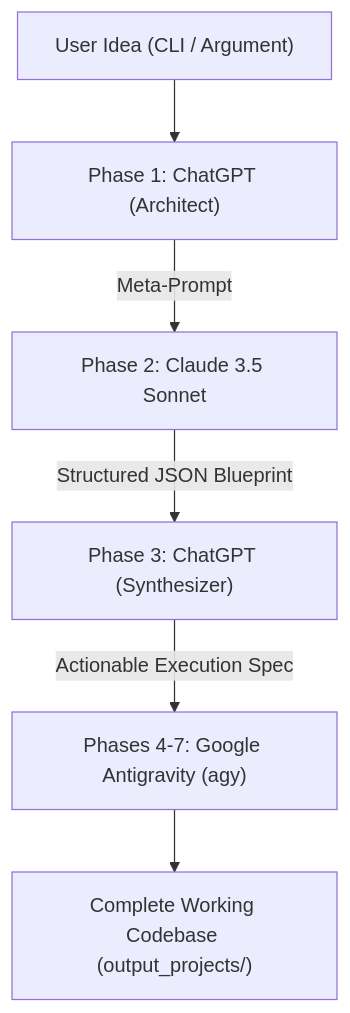
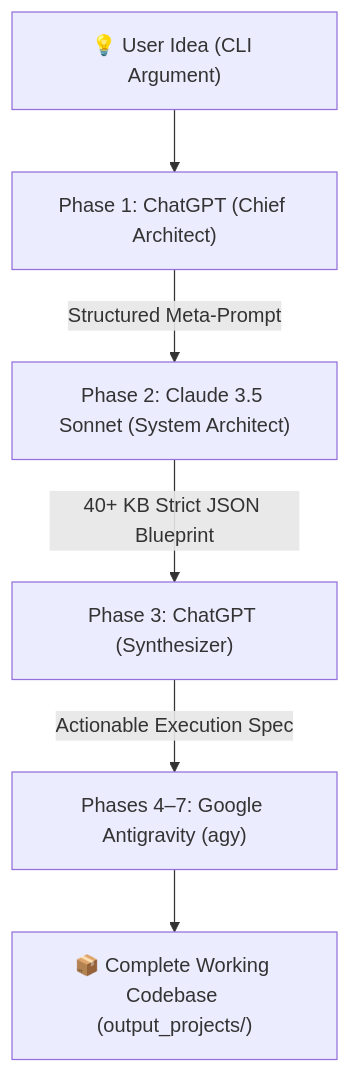
Before and after one commit to Shrinkhal01/2026-PIP-07: the diagram in README.md, drawn with Mermaid. The commit also changed other lines of this file and 14 other files, not shown here.

Commit message:
refactor: restructure orchestrator codebase into modular package architecture

````diff
--- a/README.md
+++ b/README.md
@@ -11,8 +11,8 @@
 ```mermaid
 flowchart TD
-    UserIdea["User Idea (CLI / Argument)"] --> P1["Phase 1: ChatGPT (Architect)"]
-    P1 -->|"Meta-Prompt"| P2["Phase 2: Claude 3.5 Sonnet"]
-    P2 -->|"Structured JSON Blueprint"| P3["Phase 3: ChatGPT (Synthesizer)"]
-    P3 -->|"Actionable Execution Spec"| P4["Phases 4-7: Google Antigravity (agy)"]
-    P4 --> OutputCode["Complete Working Codebase (output_projects/)"]
+    UserIdea["💡 User Idea (CLI Argument)"] --> P1["Phase 1: ChatGPT (Chief Architect)"]
+    P1 -->|"Structured Meta-Prompt"| P2["Phase 2: Claude 3.5 Sonnet (System Architect)"]
+    P2 -->|"40+ KB Strict JSON Blueprint"| P3["Phase 3: ChatGPT (Synthesizer)"]
+    P3 -->|"Actionable Execution Spec"| P4["Phases 4–7: Google Antigravity (agy)"]
+    P4 --> OutputCode["📦 Complete Working Codebase (output_projects/)"]
 ```
````
